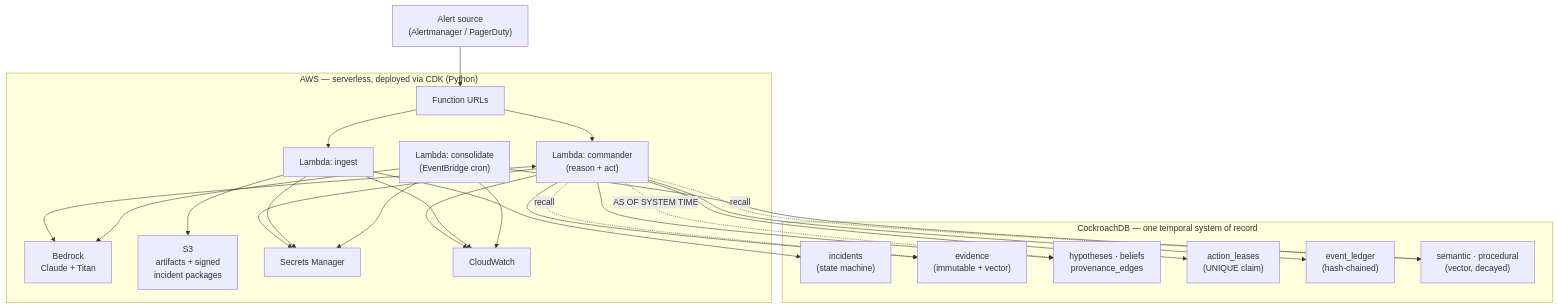
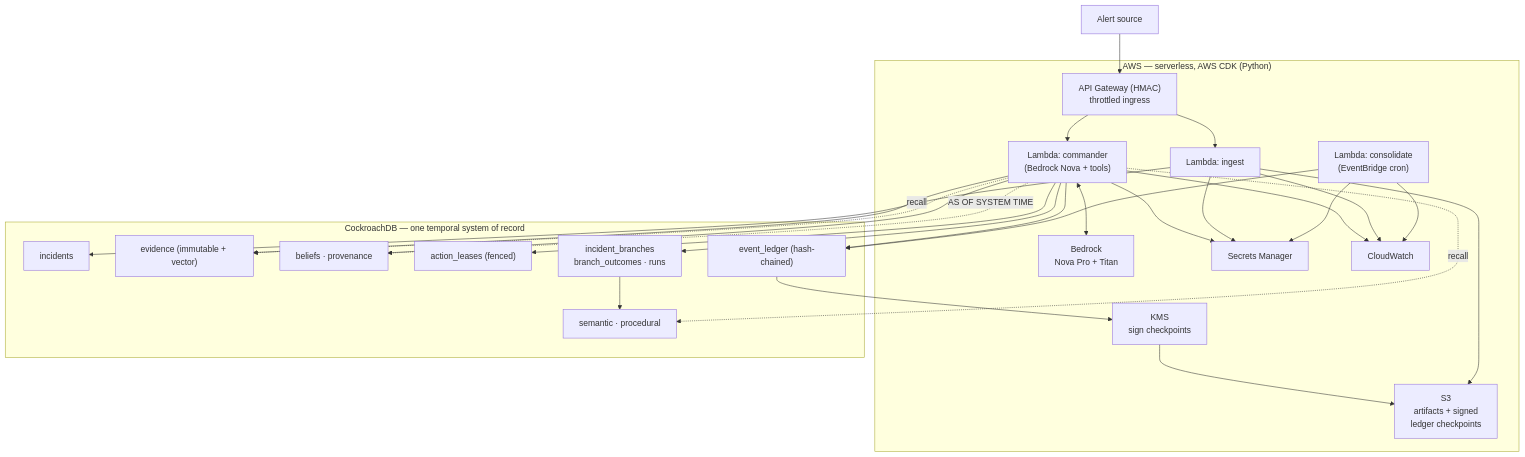
The fifth of 5 diagrams in README.md (umarhashmi2002/backcast), drawn with Mermaid before and after one commit. The commit also changed other lines of this file and 38 other files, not shown here.

````diff
--- a/README.md
+++ b/README.md
@@ -114,35 +205,33 @@
 ```mermaid
 flowchart TB
-    AM["Alert source<br/>(Alertmanager / PagerDuty)"]
-
-    subgraph AWS["AWS — serverless, deployed via CDK (Python)"]
-        APIGW["Function URLs"]
+    AM["Alert source"]
+    subgraph AWS["AWS — serverless, AWS CDK (Python)"]
+        GW["API Gateway (HMAC)<br/>throttled ingress"]
         L1["Lambda: ingest"]
-        L2["Lambda: commander<br/>(reason + act)"]
+        L2["Lambda: commander<br/>(Bedrock Nova + tools)"]
         L3["Lambda: consolidate<br/>(EventBridge cron)"]
-        BR["Bedrock<br/>Claude + Titan"]
-        S3["S3<br/>artifacts + signed<br/>incident packages"]
+        BR["Bedrock<br/>Nova Pro + Titan"]
+        S3["S3<br/>artifacts + signed<br/>ledger checkpoints"]
+        KMS["KMS<br/>sign checkpoints"]
         SM["Secrets Manager"]
         CW["CloudWatch"]
     end
-
     subgraph CRDB["CockroachDB — one temporal system of record"]
-        INC["incidents<br/>(state machine)"]
-        EV["evidence<br/>(immutable + vector)"]
-        BEL["hypotheses · beliefs<br/>provenance_edges"]
-        LSE["action_leases<br/>(UNIQUE claim)"]
-        LOG["event_ledger<br/>(hash-chained)"]
-        LTM["semantic · procedural<br/>(vector, decayed)"]
+        INC["incidents"]
+        EV["evidence (immutable + vector)"]
+        BEL["beliefs · provenance"]
+        LSE["action_leases (fenced)"]
+        LOG["event_ledger (hash-chained)"]
+        SIM["incident_branches<br/>branch_outcomes · runs"]
+        LTM["semantic · procedural"]
     end
-
-    AM --> APIGW --> L1 --> INC
-    APIGW --> L2 <--> BR
+    AM --> GW --> L1 --> INC
+    GW --> L2 <--> BR
     L2 --> EV & BEL & LSE & LOG
     L2 -.recall.-> EV & LTM
     L2 -. "AS OF SYSTEM TIME" .-> BEL
+    L2 --> SIM --> LTM
+    L3 --> LOG --> KMS --> S3
     L1 --> S3
-    L3 --> BR
-    L3 --> LTM
-    L2 & L1 & L3 --> SM
-    L2 & L1 & L3 --> CW
+    L2 & L1 & L3 --> SM & CW
 ```
````
